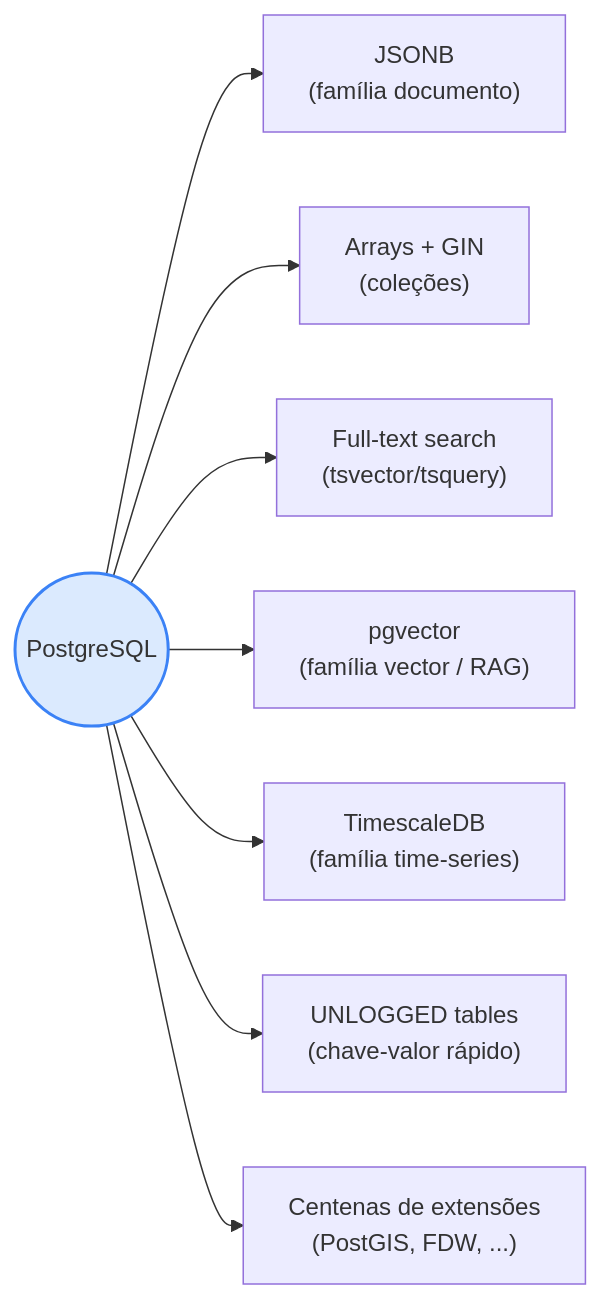
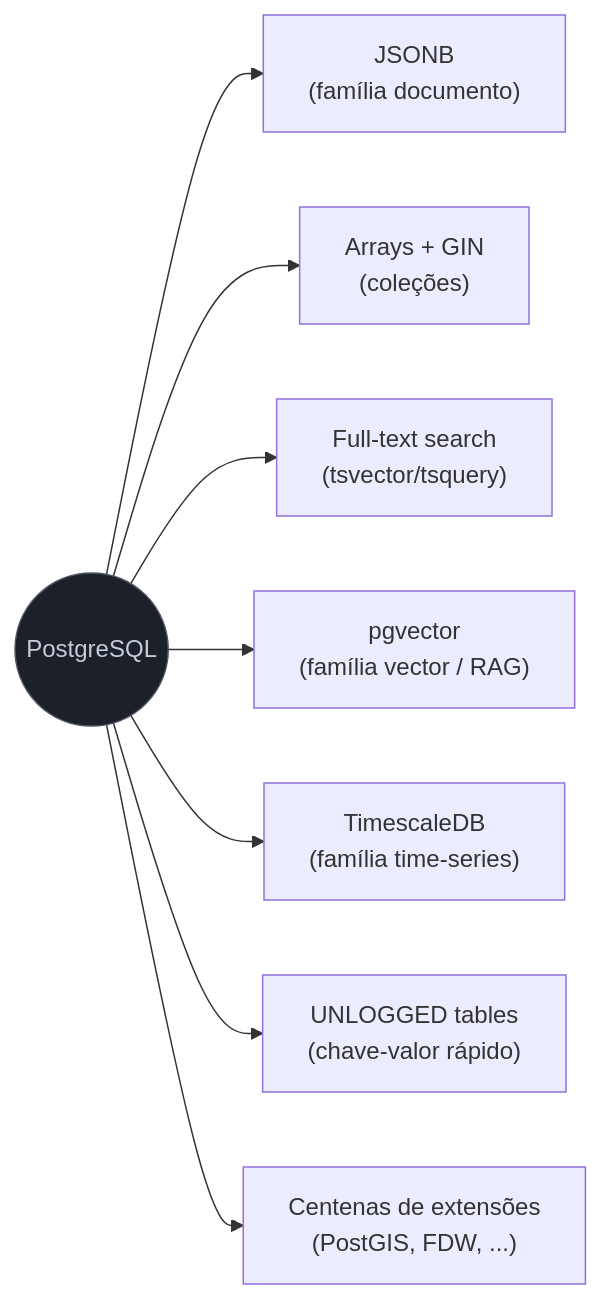
Before and after one commit to josenaldo/codex-technomanticus: the fourth of 4 diagrams in 03-Dominios/Ciência/Banco de Dados/14 - NoSQL e polyglot persistence.md, drawn with Mermaid. The commit also changed other lines of this file and 1181 other files, not shown here.

First line of the commit message:
fix(diagramas): paleta do sistema no lugar de cor cravada no markdown

````diff
--- a/03-Dominios/Ciência/Banco de Dados/14 - NoSQL e polyglot persistence.md
+++ b/03-Dominios/Ciência/Banco de Dados/14 - NoSQL e polyglot persistence.md
@@ -198,13 +202,14 @@
 ```mermaid
 flowchart LR
+    classDef neutro fill:#1B2029,stroke:#4E5666,color:#C6CCD8
     PG(("PostgreSQL"))
     PG --> Doc["JSONB<br/>(família documento)"]
     PG --> Arr["Arrays + GIN<br/>(coleções)"]
     PG --> FTS["Full-text search<br/>(tsvector/tsquery)"]
     PG --> Vec["pgvector<br/>(família vector / RAG)"]
     PG --> TS["TimescaleDB<br/>(família time-series)"]
     PG --> KV["UNLOGGED tables<br/>(chave-valor rápido)"]
     PG --> Ext["Centenas de extensões<br/>(PostGIS, FDW, ...)"]
 
-    style PG fill:#dbeafe,stroke:#3b82f6,stroke-width:2px
+    class PG neutro
 ```
````
